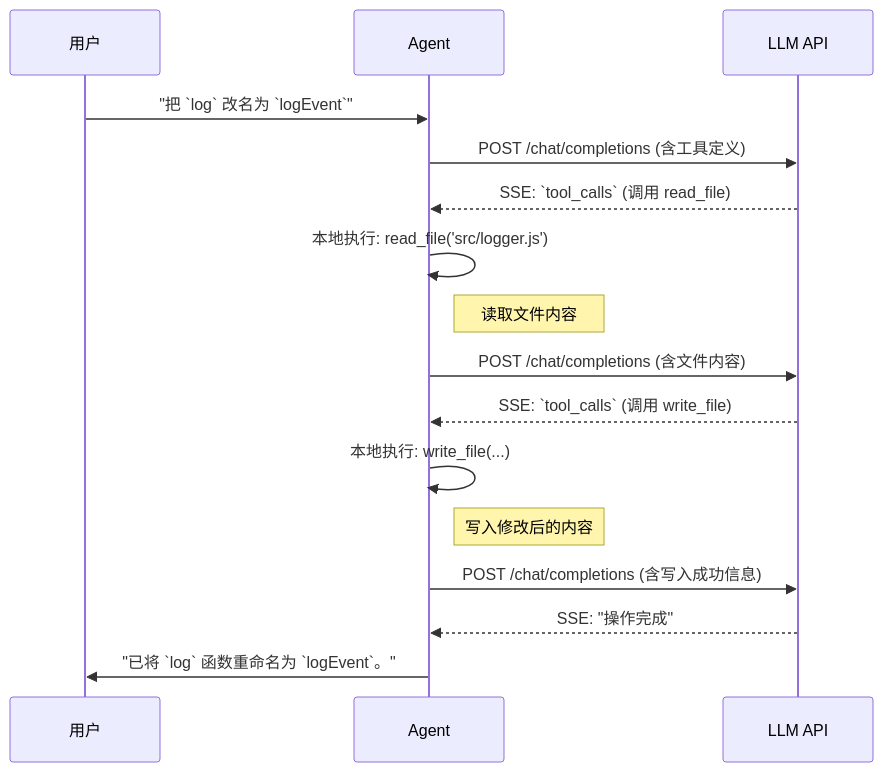
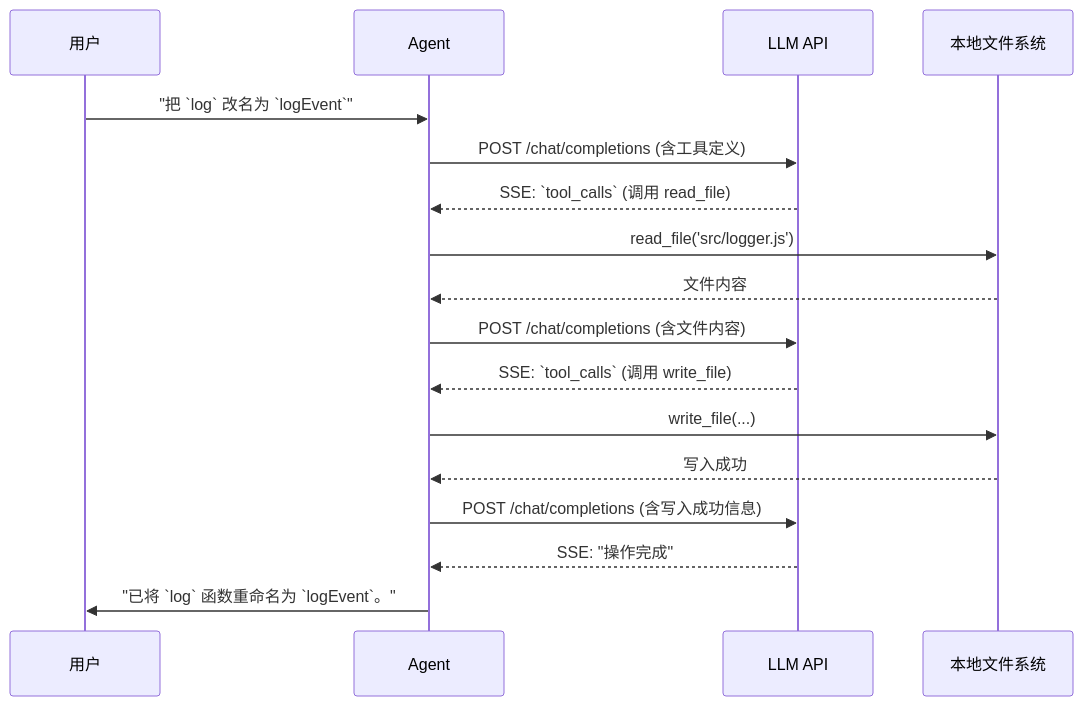
Before and after one commit to cuipengfei/adopt-agentic: the diagram in docs/guide/built-in-tools.md, drawn with Mermaid. The commit also changed other lines of this file and 37 other files, not shown here.

`````diff
--- a/docs/guide/built-in-tools.md
+++ b/docs/guide/built-in-tools.md
@@ -129,19 +127,20 @@
-````mermaid
+```mermaid
 sequenceDiagram
     participant User as 用户
     participant Agent
     participant LLM_API as LLM API
+    participant FS as 本地文件系统
 
     User->>Agent: "把 `log` 改名为 `logEvent`"
     Agent->>LLM_API: POST /chat/completions (含工具定义)
     LLM_API-->>Agent: SSE: `tool_calls` (调用 read_file)
-    Agent->>Agent: 本地执行: read_file('src/logger.js')
-    Note right of Agent: 读取文件内容
+    Agent->>FS: read_file('src/logger.js')
+    FS-->>Agent: 文件内容
     Agent->>LLM_API: POST /chat/completions (含文件内容)
     LLM_API-->>Agent: SSE: `tool_calls` (调用 write_file)
-    Agent->>Agent: 本地执行: write_file(...)
-    Note right of Agent: 写入修改后的内容
+    Agent->>FS: write_file(...)
+    FS-->>Agent: 写入成功
     Agent->>LLM_API: POST /chat/completions (含写入成功信息)
     LLM_API-->>Agent: SSE: "操作完成"
     Agent->>User: "已将 `log` 函数重命名为 `logEvent`。"
-````
+```
`````
